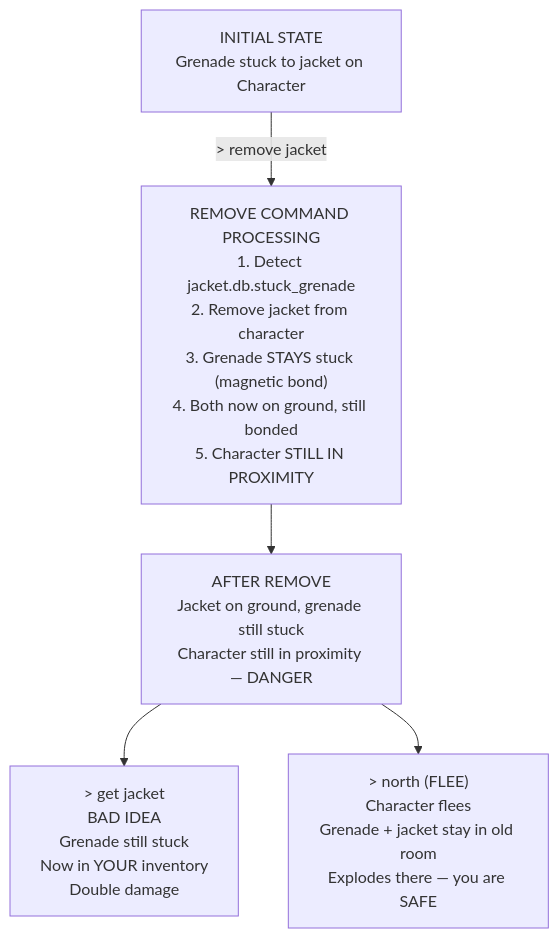
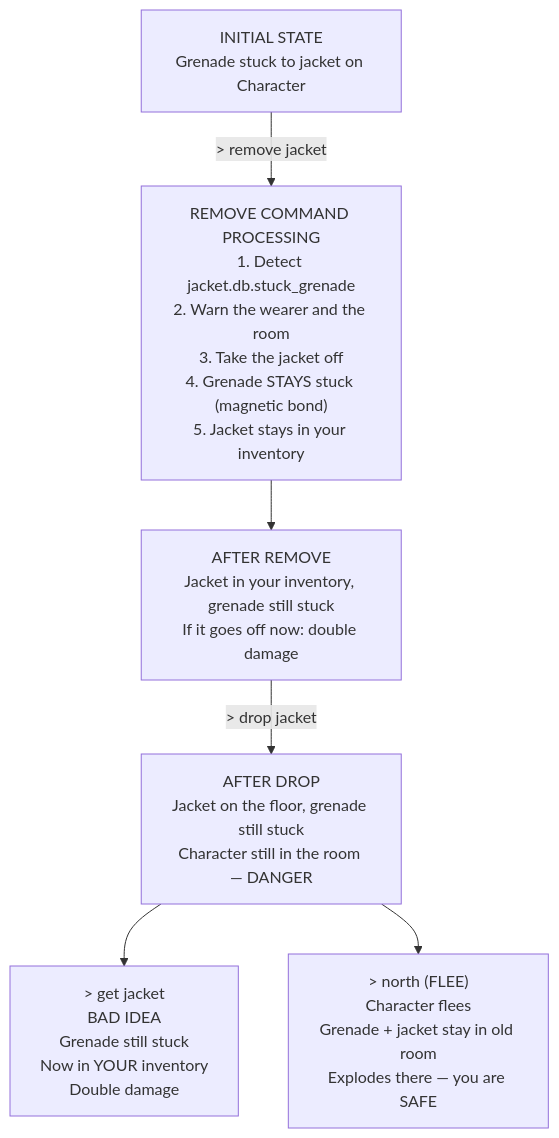
The diagram in specs/STICKY_GRENADE_SPEC.md (daiimus/gelatinous), drawn with Mermaid before and after one commit. The commit also changed other lines of this file and 13 other files, not shown here.

````diff
--- a/specs/STICKY_GRENADE_SPEC.md
+++ b/specs/STICKY_GRENADE_SPEC.md
@@ -1073,15 +806,18 @@
 ```mermaid
 graph TD
     INIT["INITIAL STATE\nGrenade stuck to jacket on Character"]
     INIT -->|"> remove jacket"| PROC
 
-    PROC["REMOVE COMMAND PROCESSING\n1. Detect jacket.db.stuck_grenade\n2. Remove jacket from character\n3. Grenade STAYS stuck (magnetic bond)\n4. Both now on ground, still bonded\n5. Character STILL IN PROXIMITY"]
+    PROC["REMOVE COMMAND PROCESSING\n1. Detect jacket.db.stuck_grenade\n2. Warn the wearer and the room\n3. Take the jacket off\n4. Grenade STAYS stuck (magnetic bond)\n5. Jacket stays in your inventory"]
     PROC --> AFTER
 
-    AFTER["AFTER REMOVE\nJacket on ground, grenade still stuck\nCharacter still in proximity — DANGER"]
-    AFTER --> GET
-    AFTER --> FLEE
+    AFTER["AFTER REMOVE\nJacket in your inventory, grenade still stuck\nIf it goes off now: double damage"]
+    AFTER -->|"> drop jacket"| DROPPED
+
+    DROPPED["AFTER DROP\nJacket on the floor, grenade still stuck\nCharacter still in the room — DANGER"]
+    DROPPED --> GET
+    DROPPED --> FLEE
 
     GET["&gt; get jacket\nBAD IDEA\nGrenade still stuck\nNow in YOUR inventory\nDouble damage"]
     FLEE["&gt; north (FLEE)\nCharacter flees\nGrenade + jacket stay in old room\nExplodes there — you are SAFE"]
 ```
````
